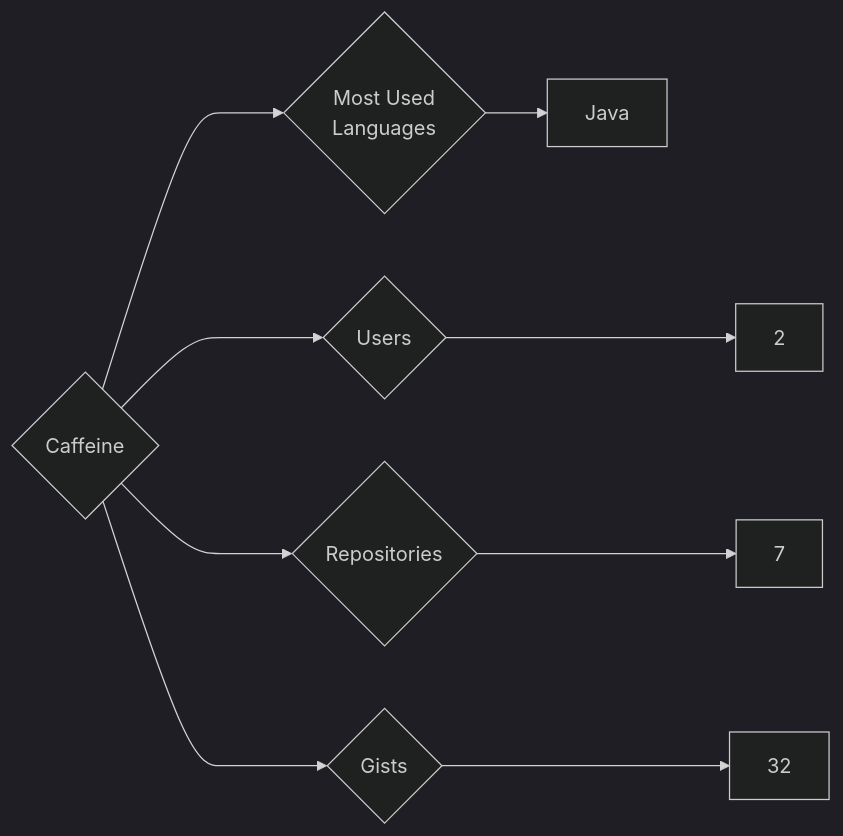
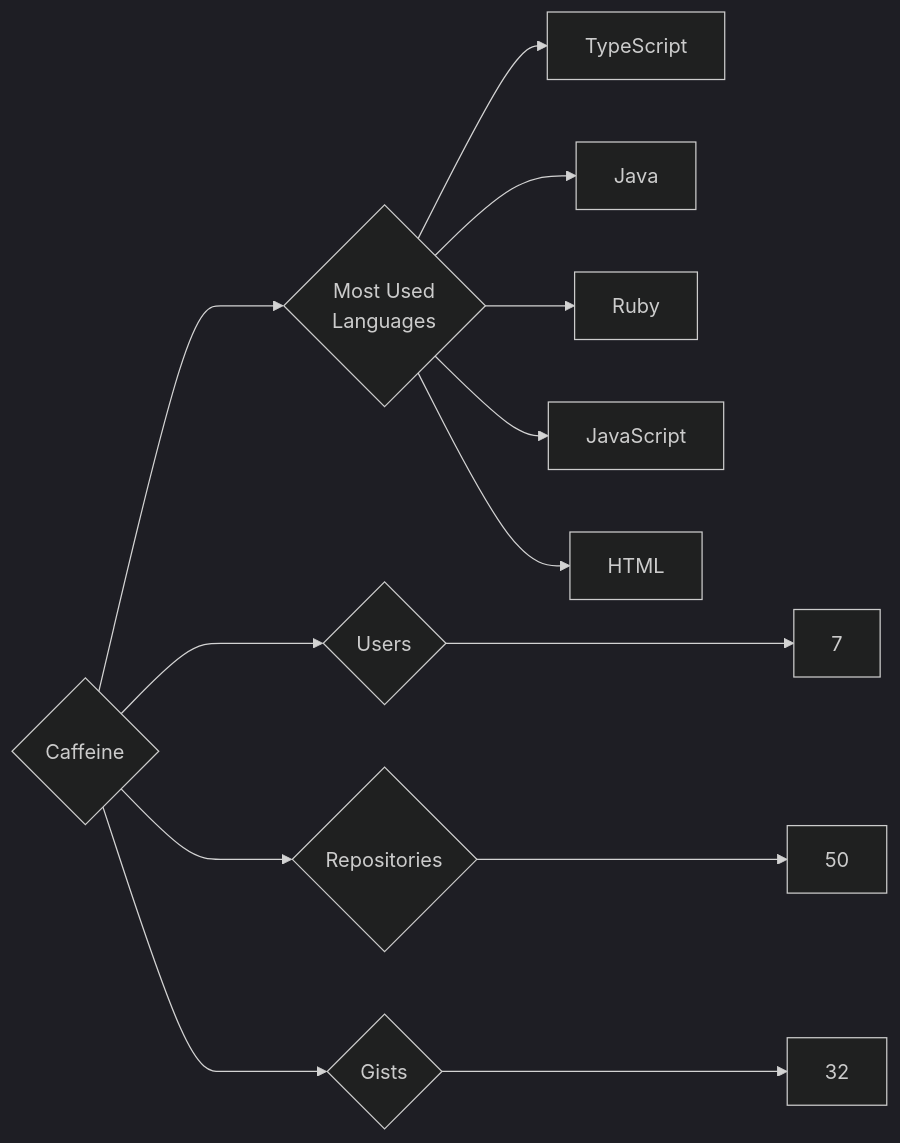
The diagram in targets/Caffeine/README.md (trickest/insiders), drawn with Mermaid (dark theme) before and after one commit. The commit also changed 775 other files, not shown here.

````diff
--- a/targets/Caffeine/README.md
+++ b/targets/Caffeine/README.md
@@ -3,9 +3,13 @@
 ```mermaid
 graph LR
 COMPANY_NAME{Caffeine}
-COMPANY_NAME ---> U{Users} ---> UN[2]
-COMPANY_NAME ---> R{Repositories} ---> RN[7]
+COMPANY_NAME ---> U{Users} ---> UN[7]
+COMPANY_NAME ---> R{Repositories} ---> RN[50]
 COMPANY_NAME ---> G{Gists} ---> GN[32]
 COMPANY_NAME ---> ML{Most Used<br>Languages}
+ML --> TypeScript[TypeScript]
 ML --> Java[Java]
+ML --> Ruby[Ruby]
+ML --> JavaScript[JavaScript]
+ML --> HTML[HTML]
 ```
````
